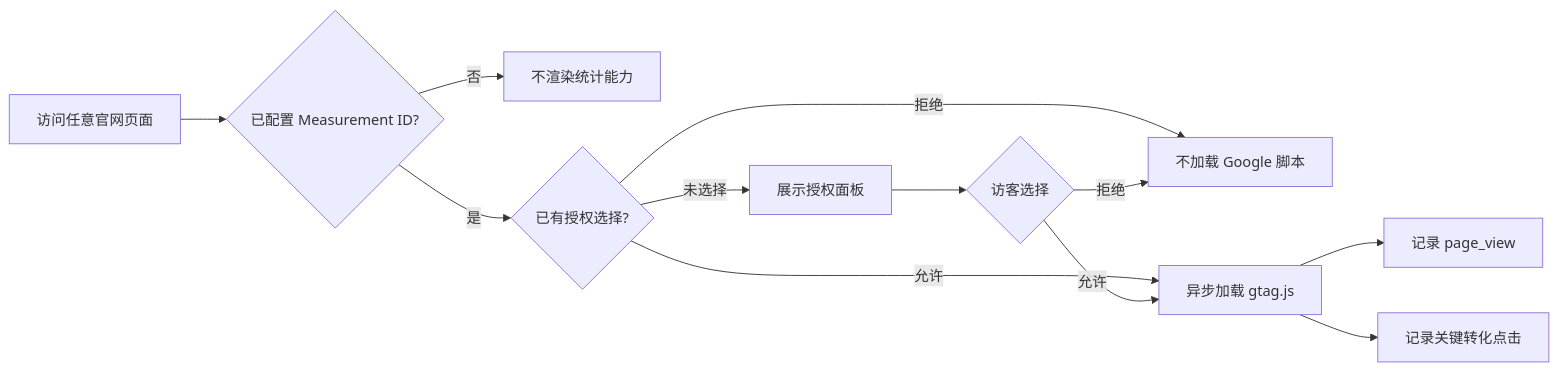
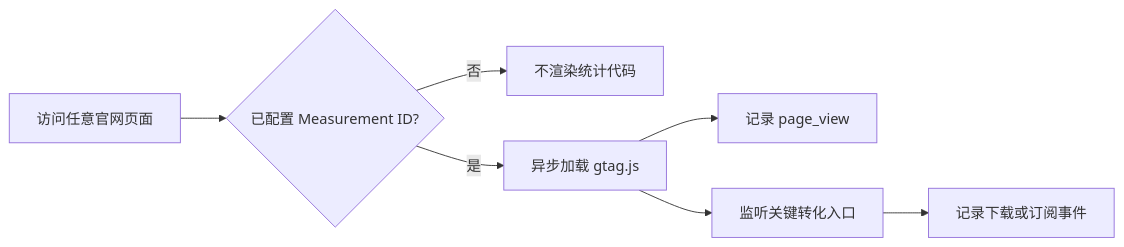
Before and after one commit to rambocode/tandem: the diagram in docs/analytics.md, drawn with Mermaid. The commit also changed other lines of this file and 8 other files, not shown here.

````diff
--- a/docs/analytics.md
+++ b/docs/analytics.md
@@ -24,14 +23,9 @@
 ```mermaid
 flowchart LR
   A[访问任意官网页面] --> B{已配置 Measurement ID?}
-  B -- 否 --> C[不渲染统计能力]
-  B -- 是 --> D{已有授权选择?}
-  D -- 未选择 --> E[展示授权面板]
-  D -- 拒绝 --> F[不加载 Google 脚本]
-  D -- 允许 --> G[异步加载 gtag.js]
-  E --> H{访客选择}
-  H -- 拒绝 --> F
-  H -- 允许 --> G
-  G --> I[记录 page_view]
-  G --> J[记录关键转化点击]
+  B -- 否 --> C[不渲染统计代码]
+  B -- 是 --> D[异步加载 gtag.js]
+  D --> E[记录 page_view]
+  D --> F[监听关键转化入口]
+  F --> G[记录下载或订阅事件]
 ```
````
